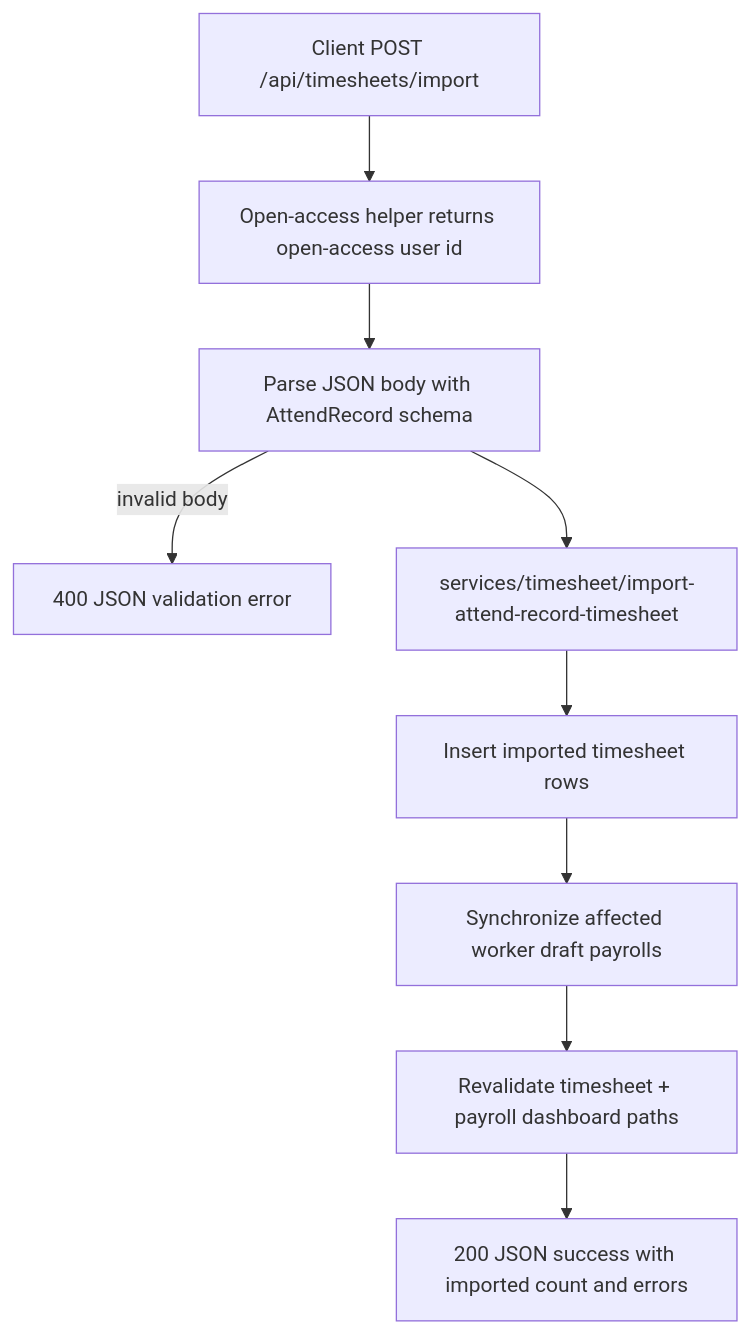
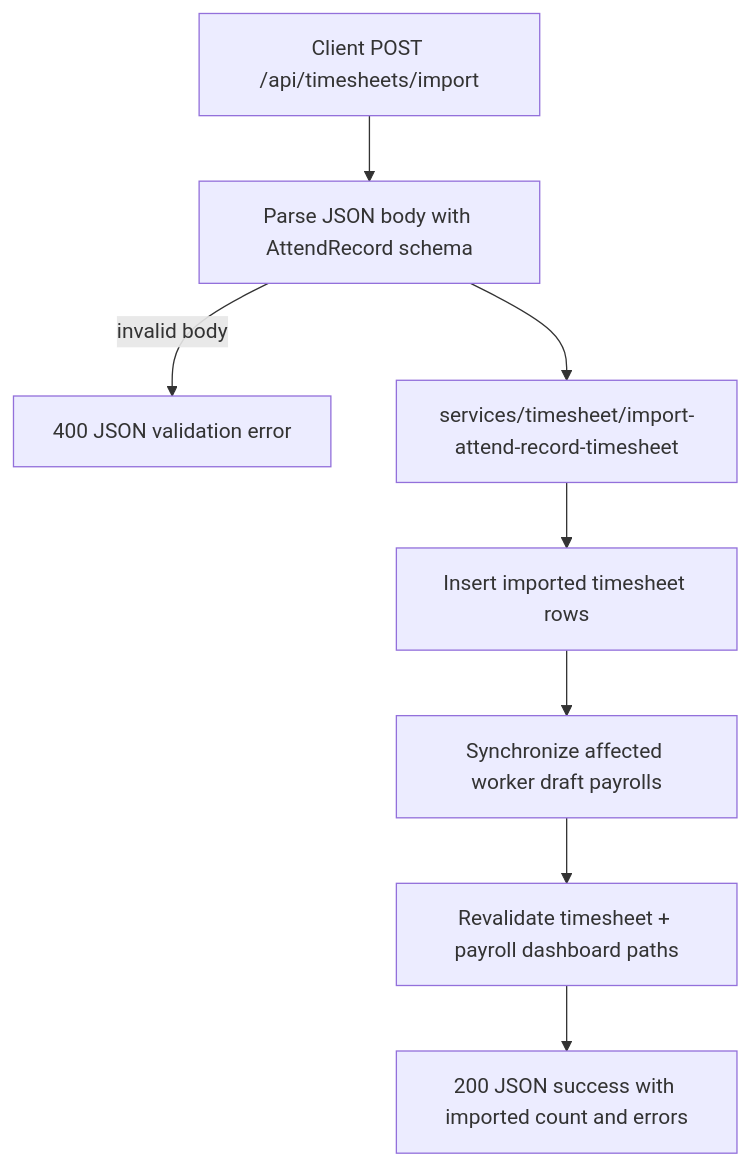
The fourth of 5 diagrams in .codex/docs/api-workflows.md (daniellim922/One-Laundry-Project-Alpha-v1), drawn with Mermaid before and after one commit. The commit also changed other lines of this file and 4 other files, not shown here.

````diff
--- a/.codex/docs/api-workflows.md
+++ b/.codex/docs/api-workflows.md
@@ -72,11 +68,10 @@
 ```mermaid
 flowchart TD
-    A[Client POST /api/timesheets/import] --> B[Open-access helper returns open-access user id]
-    B --> C[Parse JSON body with AttendRecord schema]
+    A[Client POST /api/timesheets/import] --> C[Parse JSON body with AttendRecord schema]
     C -->|invalid body| D[400 JSON validation error]
     C --> E[services/timesheet/import-attend-record-timesheet]
     E --> F[Insert imported timesheet rows]
     F --> G[Synchronize affected worker draft payrolls]
     G --> H[Revalidate timesheet + payroll dashboard paths]
     H --> I[200 JSON success with imported count and errors]
 ```
````
